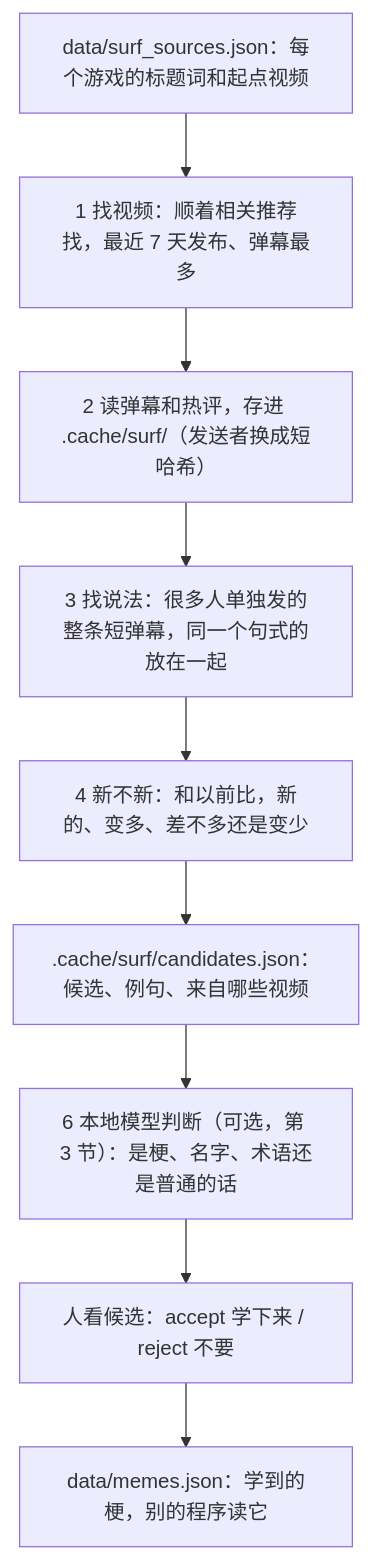
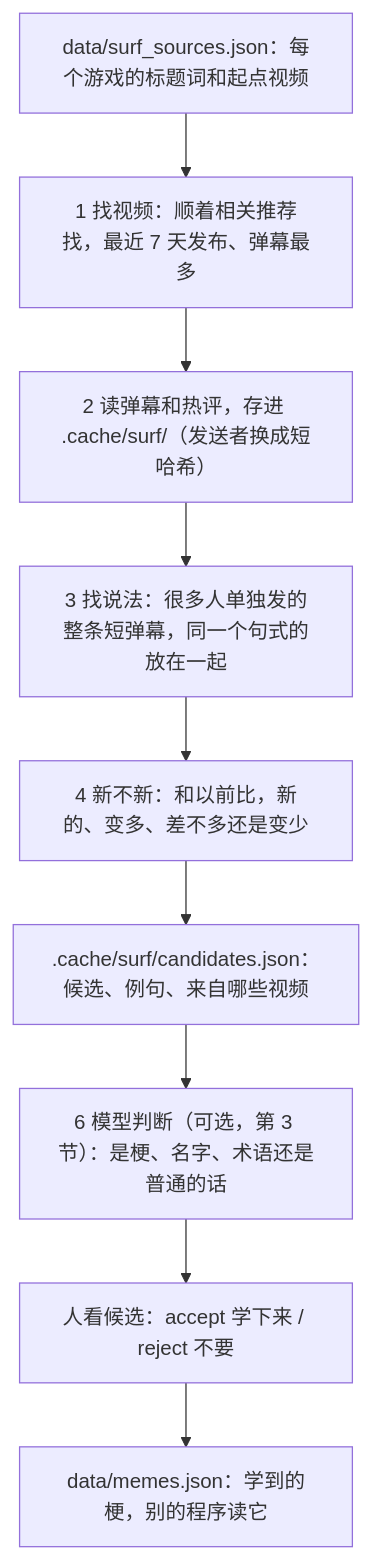
One commit to HHCreator/MemeLearnerBot changed the first of 2 diagrams in docs/DESIGN.md. Above: the diagram before and after it, drawn with Mermaid. The commit also changed other lines of this file and 6 other files, not shown here.

````diff
--- a/docs/DESIGN.md
+++ b/docs/DESIGN.md
@@ -32,11 +32,11 @@
 ```mermaid
 flowchart TD
     A["data/surf_sources.json：每个游戏的标题词和起点视频"] --> B["1 找视频：顺着相关推荐找，最近 7 天发布、弹幕最多"]
     B --> C["2 读弹幕和热评，存进 .cache/surf/（发送者换成短哈希）"]
     C --> D["3 找说法：很多人单独发的整条短弹幕，同一个句式的放在一起"]
     D --> E["4 新不新：和以前比，新的、变多、差不多还是变少"]
     E --> F[".cache/surf/candidates.json：候选、例句、来自哪些视频"]
-    F --> J["6 本地模型判断（可选，第 3 节）：是梗、名字、术语还是普通的话"]
+    F --> J["6 模型判断（可选，第 3 节）：是梗、名字、术语还是普通的话"]
     J --> G["人看候选：accept 学下来 / reject 不要"]
     G --> H["data/memes.json：学到的梗，别的程序读它"]
 ```
````
